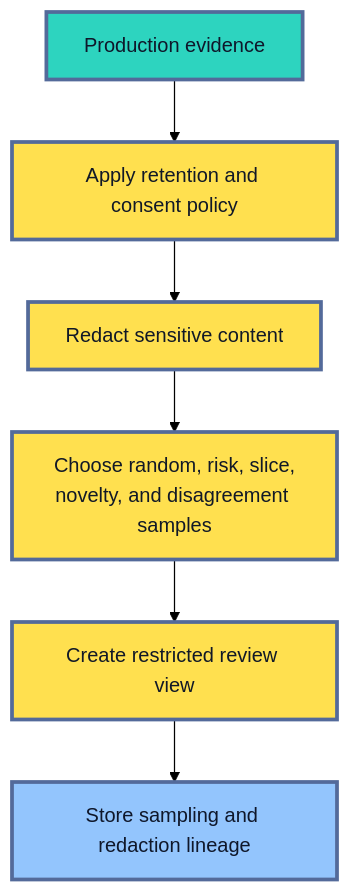
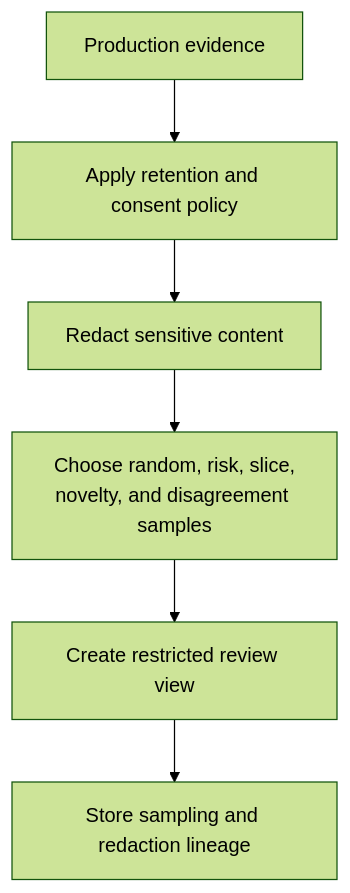
The third of 7 diagrams in roadmaps/mlops/modules/llmops/adaptation-and-feedback/02-production-feedback-and-eval-flywheel.md (senlinyy/dev-roadmaps), drawn with Mermaid (forest theme) before and after one commit. The commit also changed other lines of this file and 152 other files, not shown here.

Commit message:
feat: mlops and diagrams updated

````diff
--- a/roadmaps/mlops/modules/llmops/adaptation-and-feedback/02-production-feedback-and-eval-flywheel.md
+++ b/roadmaps/mlops/modules/llmops/adaptation-and-feedback/02-production-feedback-and-eval-flywheel.md
@@ -213,15 +205,12 @@
 ```mermaid
 flowchart TD
     A["Production evidence"] --> B["Apply retention and consent policy"]
     B --> C["Redact sensitive content"]
     C --> D["Choose random, risk, slice,<br/>novelty, and disagreement samples"]
     D --> E["Create restricted review view"]
     E --> F["Store sampling and redaction lineage"]
 
-    classDef source fill:#2DD4BF,stroke:#536A9A,stroke-width:3px,color:#0F172A
-    classDef protect fill:#FFE04F,stroke:#536A9A,stroke-width:3px,color:#111827
-    classDef result fill:#93C5FD,stroke:#536A9A,stroke-width:3px,color:#0F172A
     class A source
     class B,C,D,E protect
     class F result
 ```
````
